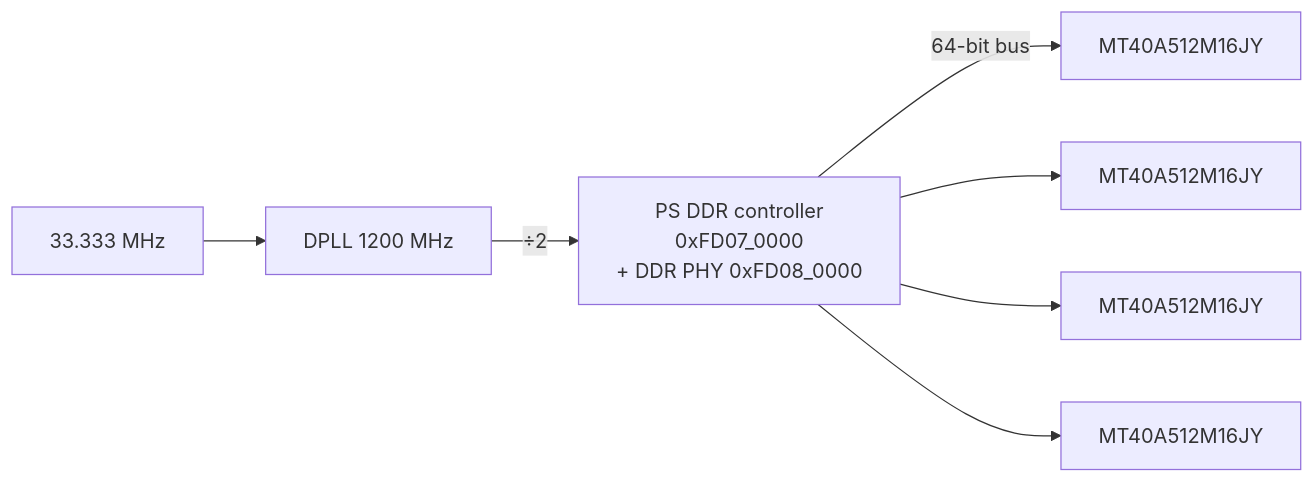
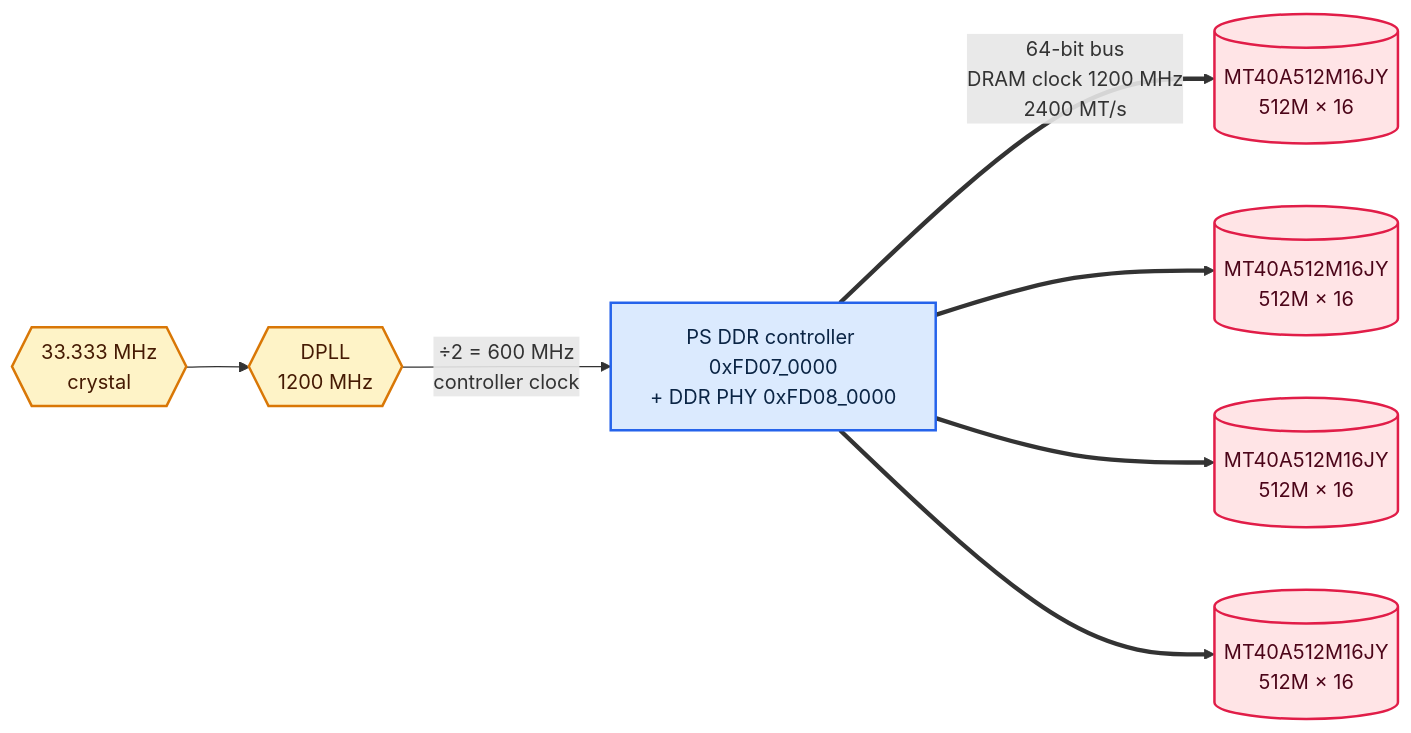
The diagram in ddr4/README.md (JutsFunFor/xczu27dr-rfsoc), drawn with Mermaid before and after one commit. The commit also changed other lines of this file and 16 other files, not shown here.

````diff
--- a/ddr4/README.md
+++ b/ddr4/README.md
@@ -39,10 +39,22 @@
 ```mermaid
 flowchart LR
-  MC["PS DDR controller<br/>0xFD07_0000<br/>+ DDR PHY 0xFD08_0000"]
-  MC -->|"64-bit bus"| D0["MT40A512M16JY"]
-  MC --> D1["MT40A512M16JY"]
-  MC --> D2["MT40A512M16JY"]
-  MC --> D3["MT40A512M16JY"]
-  DPLL["DPLL 1200 MHz"] -->|"÷2"| MC
-  XTAL["33.333 MHz"] --> DPLL
+  XTAL{{"33.333 MHz<br/>crystal"}}
+  DPLL{{"DPLL<br/>1200 MHz"}}
+  MC["PS DDR controller 0xFD07_0000<br/>+ DDR PHY 0xFD08_0000"]
+
+  XTAL --> DPLL
+  DPLL -->|"÷2 = 600 MHz<br/>controller clock"| MC
+
+  MC ==>|"64-bit bus<br/>DRAM clock 1200 MHz<br/>2400 MT/s"| D0[("MT40A512M16JY<br/>512M × 16")]
+  MC ==> D1[("MT40A512M16JY<br/>512M × 16")]
+  MC ==> D2[("MT40A512M16JY<br/>512M × 16")]
+  MC ==> D3[("MT40A512M16JY<br/>512M × 16")]
+
+  classDef ps   fill:#dbeafe,stroke:#2563eb,stroke-width:2px,color:#0b2545
+  classDef clk  fill:#fef3c7,stroke:#d97706,stroke-width:2px,color:#451a03
+  classDef mem  fill:#ffe4e6,stroke:#e11d48,stroke-width:2px,color:#4c0519
+
+  class MC ps
+  class XTAL,DPLL clk
+  class D0,D1,D2,D3 mem
 ```
````
